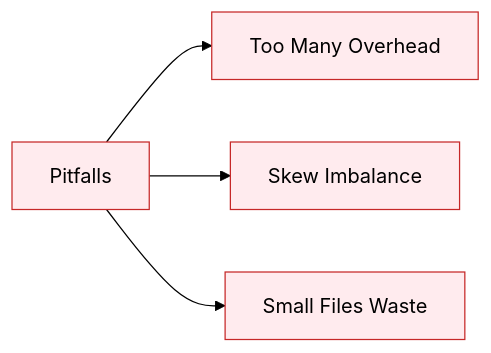
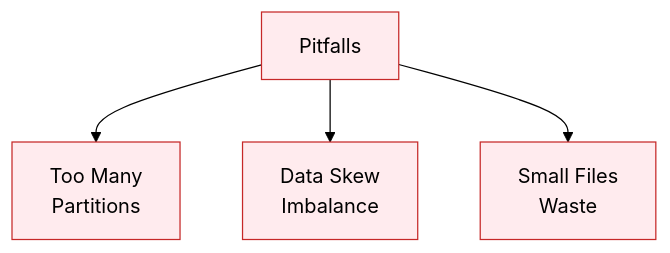
The second of 3 diagrams in presentations/302.1-data-computation/spark-io-presentation.qmd (MadeInShineA/hei-presentations), drawn with Mermaid (forest theme) before and after one commit.

Commit message:
Updated graph overflow

````diff
--- a/presentations/302.1-data-computation/spark-io-presentation.qmd
+++ b/presentations/302.1-data-computation/spark-io-presentation.qmd
@@ -182,9 +182,9 @@
 ```{mermaid}
-flowchart LR
-    A[Pitfalls] --> B[Too Many Overhead]
-    A --> C[Skew Imbalance]
-    A --> D[Small Files Waste]
+flowchart TD
+    A["Pitfalls"] --> B["Too Many<br/>Partitions"]
+    A --> C["Data Skew<br/>Imbalance"]
+    A --> D["Small Files<br/>Waste"]
     
     classDef pitfall fill:#ffebee,stroke:#c62828
     class A,B,C,D pitfall
 ```
````
